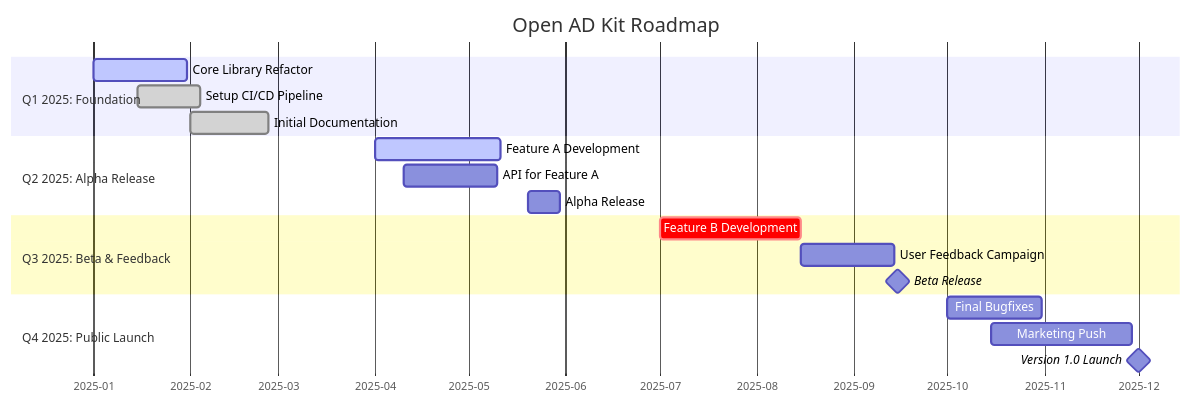
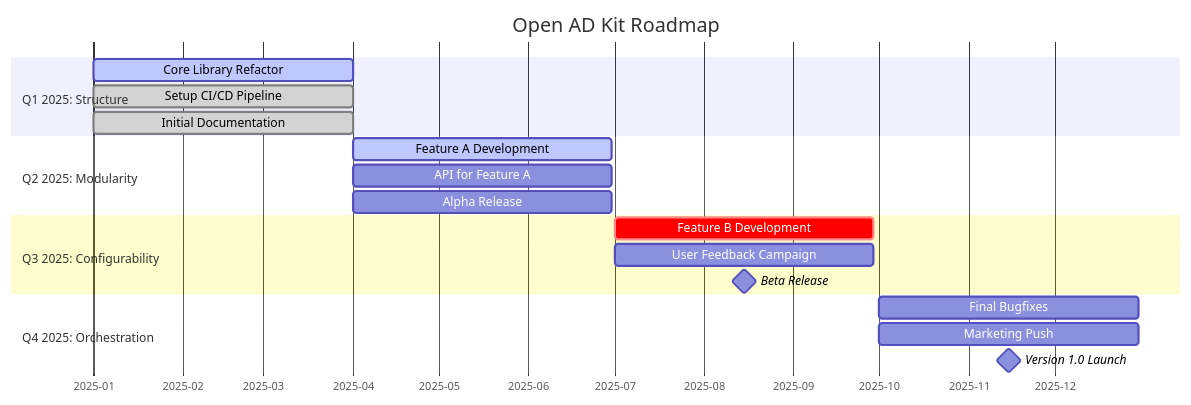
One commit to autowarefoundation/openadkit changed the diagram in README.md. Above: the diagram before and after it, drawn with Mermaid.

````diff
--- a/README.md
+++ b/README.md
@@ -65,26 +65,26 @@
 ```mermaid
 gantt
     title Open AD Kit Roadmap
     dateFormat  YYYY-MM-DD
     axisFormat %Y-%m
 
-    section Q1 2025: Foundation
-    Core Library Refactor  :active, done, 2025-01-01, 30d
-    Setup CI/CD Pipeline :done, 2025-01-15, 20d
-    Initial Documentation  :done, 2025-02-01, 25d
+    section Q1 2025: Structure
+    Core Library Refactor  :active, done, 2025-01-01, 90d
+    Setup CI/CD Pipeline :done, 2025-01-01, 90d
+    Initial Documentation  :done, 2025-01-01, 90d
 
-    section Q2 2025: Alpha Release
-    Feature A Development  :active, 2025-04-01, 40d
-    API for Feature A    :2025-04-10, 30d
-    Alpha Release        :2025-05-20, 10d
+    section Q2 2025: Modularity
+    Feature A Development  :active, 2025-04-01, 90d
+    API for Feature A    :2025-04-01, 90d
+    Alpha Release        :2025-04-01, 90d
 
-    section Q3 2025: Beta & Feedback
-    Feature B Development  :crit, 2025-07-01, 45d
-    User Feedback Campaign :2025-08-15, 30d
-    Beta Release         :milestone, 2025-09-15, 0d
+    section Q3 2025: Configurability
+    Feature B Development  :crit, 2025-07-01, 90d
+    User Feedback Campaign :2025-07-01, 90d
+    Beta Release         :milestone, 2025-07-01, 90d
 
-    section Q4 2025: Public Launch
-    Final Bugfixes       :2025-10-01, 30d
-    Marketing Push       :2025-10-15, 45d
-    Version 1.0 Launch   :milestone, 2025-12-01, 0d
+    section Q4 2025: Orchestration
+    Final Bugfixes       :2025-10-01, 90d
+    Marketing Push       :2025-10-01, 90d
+    Version 1.0 Launch   :milestone, 2025-10-01, 90d
 ```
````
